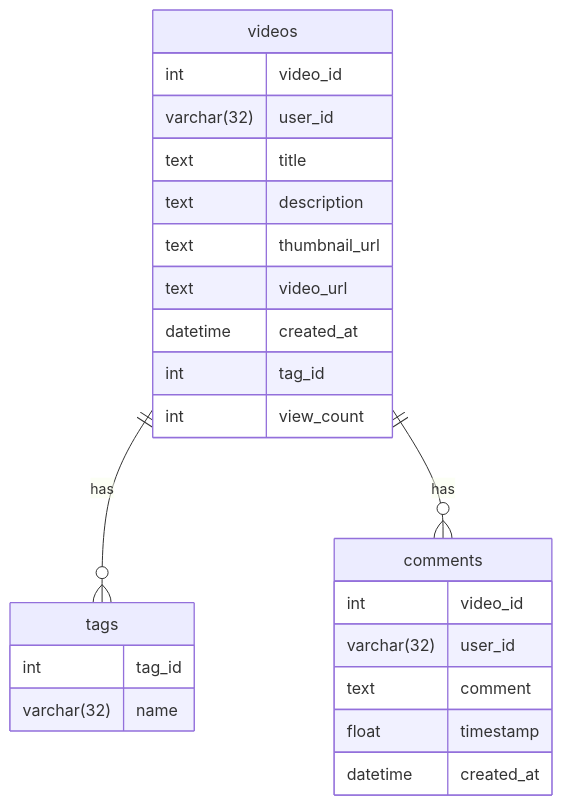
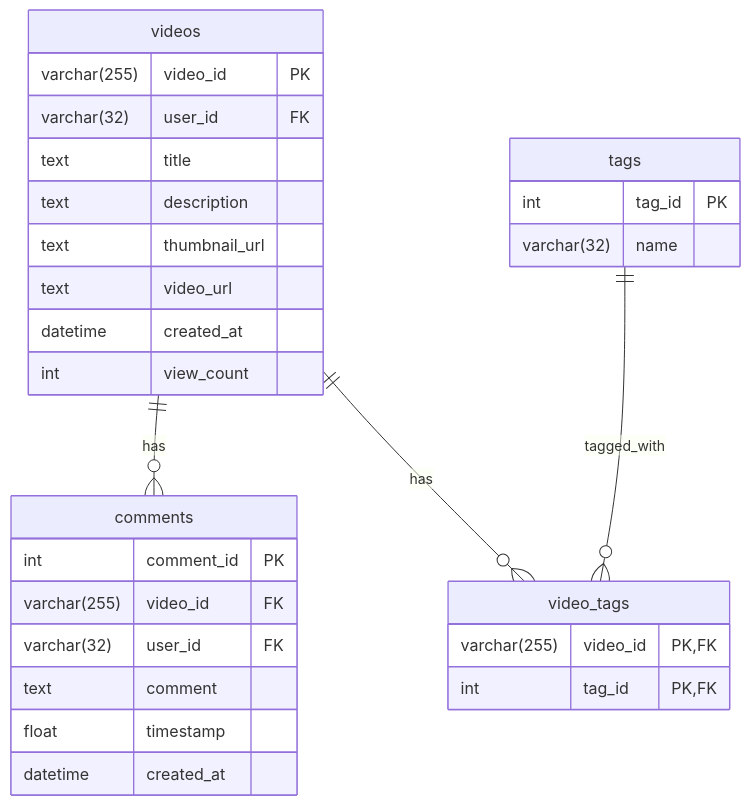
One commit to UnABC/playbacQ changed the diagram in docs/schema.md. Above: the diagram before and after it, drawn with Mermaid. The commit also changed 5 other files, not shown here.

````diff
--- a/docs/schema.md
+++ b/docs/schema.md
@@ -3,29 +3,35 @@
 ```mermaid
 erDiagram  
   videos {
-	int video_id
-	varchar(32) user_id
+	varchar(255) video_id PK
+	varchar(32) user_id FK
 	text title
 	text description
 	text thumbnail_url
 	text video_url
 	datetime created_at
-	int tag_id
 	int view_count
   }
   comments {
-	int video_id
-	varchar(32) user_id
+	int comment_id PK
+	varchar(255) video_id FK
+	varchar(32) user_id FK
 	text comment
 	float timestamp
 	datetime created_at
   }
   
   tags {
-	int tag_id
+	int tag_id PK
 	varchar(32) name
   }
+
+  video_tags {
+	varchar(255) video_id PK,FK
+	int tag_id PK,FK
+  }
   
-  videos||--o{tags : has
   videos||--o{comments : has
+  videos||--o{video_tags : has
+  tags||--o{video_tags : tagged_with
 ```
````
